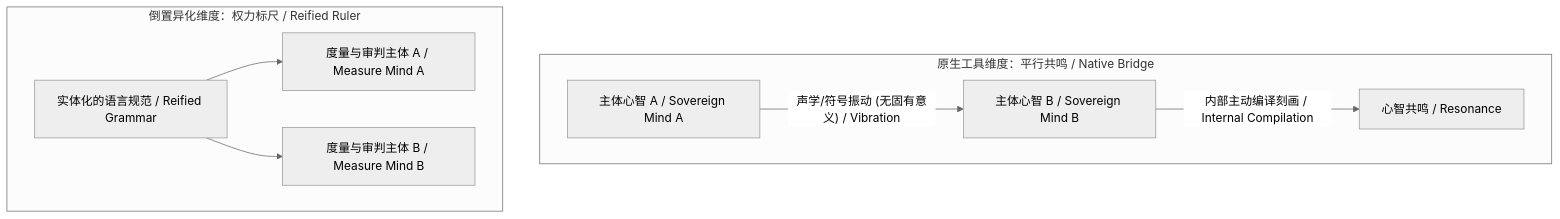
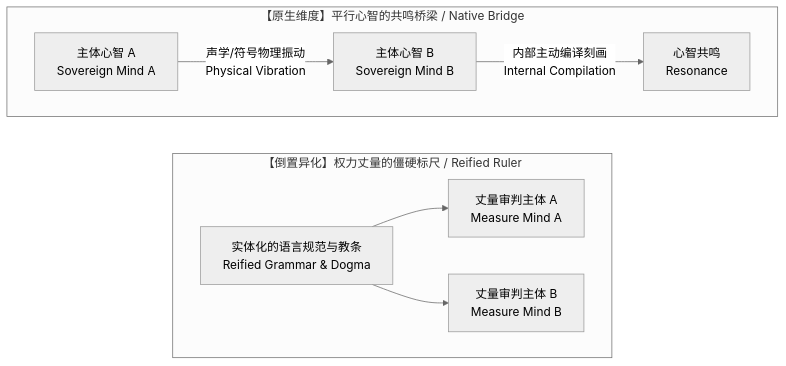
Before and after one commit to powerpig99/not-a-toe: the second of 7 diagrams in content/posts/the-dissolution-of-the-great-reversal.md, drawn with Mermaid (neutral theme). The commit also changed other lines of this file, not shown here.

Commit message:
Optimize Post #314 Mermaid diagrams: enforce strict vertical stacking and compact multiline labels

````diff
--- a/content/posts/the-dissolution-of-the-great-reversal.md
+++ b/content/posts/the-dissolution-of-the-great-reversal.md
@@ -37,11 +40,14 @@
 ```mermaid
 flowchart TB
-    subgraph Native["原生工具维度：平行共鸣 / Native Bridge"]
-        M1["主体心智 A / Sovereign Mind A"] -- "声学/符号振动 (无固有意义) / Vibration" --> M2["主体心智 B / Sovereign Mind B"]
-        M2 -- "内部主动编译刻画 / Internal Compilation" --> R["心智共鸣 / Resonance"]
+    subgraph Native["【原生维度】平行心智的共鸣桥梁 / Native Bridge"]
+        M1["主体心智 A<br/>Sovereign Mind A"] -->|"声学/符号物理振动<br/>Physical Vibration"| M2["主体心智 B<br/>Sovereign Mind B"]
+        M2 -->|"内部主动编译刻画<br/>Internal Compilation"| R["心智共鸣<br/>Resonance"]
     end
-    subgraph Reversal["倒置异化维度：权力标尺 / Reified Ruler"]
-        L["实体化的语言规范 / Reified Grammar"] --> J1["度量与审判主体 A / Measure Mind A"]
-        L --> J2["度量与审判主体 B / Measure Mind B"]
+
+    Native ~~~ Reversal
+
+    subgraph Reversal["【倒置异化】权力丈量的僵硬标尺 / Reified Ruler"]
+        L["实体化的语言规范与教条<br/>Reified Grammar & Dogma"] --> J1["丈量审判主体 A<br/>Measure Mind A"]
+        L --> J2["丈量审判主体 B<br/>Measure Mind B"]
     end
 ```
````
